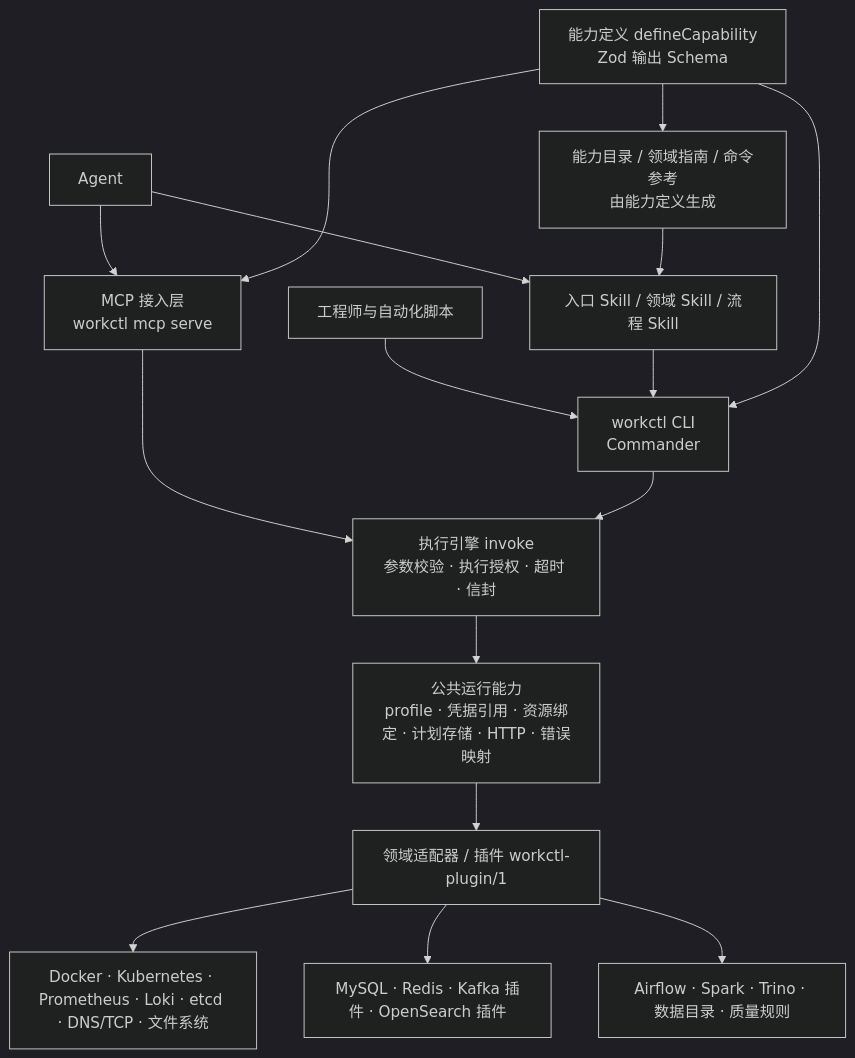
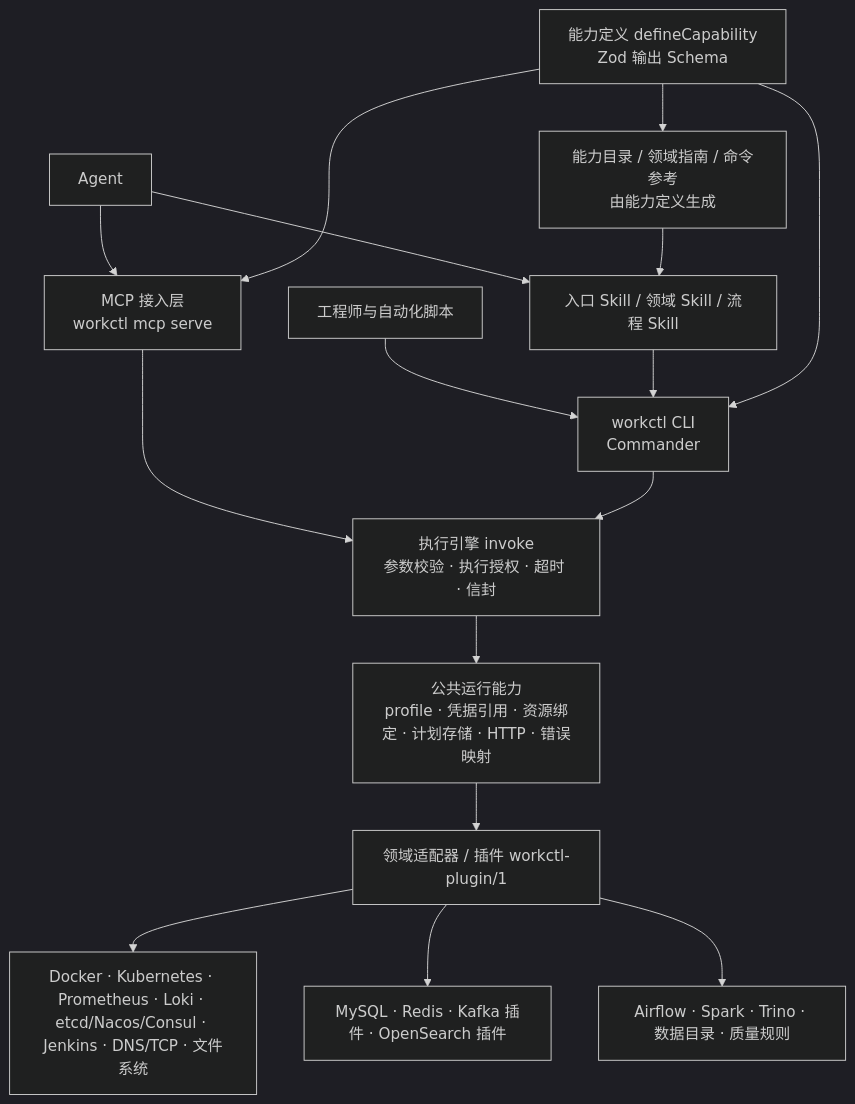
One commit to luckylucky0001/workflow-cli changed the diagram in README.md. Above: the diagram before and after it, drawn with Mermaid (dark theme). The commit also changed other lines of this file and 81 other files, not shown here.

First line of the commit message:
Config center providers Nacos 2.4.3 and Consul 1.20.6; deploy domain on Kubernetes and Jenkins 2.541.3

````diff
--- a/README.md
+++ b/README.md
@@ -51,18 +52,18 @@
 ```mermaid
 flowchart TB
     H[工程师与自动化脚本] --> CLI[workctl CLI<br/>Commander]
     A[Agent] --> S[入口 Skill / 领域 Skill / 流程 Skill]
     D[能力目录 / 领域指南 / 命令参考<br/>由能力定义生成] --> S
     S --> CLI
     A --> M[MCP 接入层<br/>workctl mcp serve]
     M --> E
     CLI --> E[执行引擎 invoke<br/>参数校验 · 执行授权 · 超时 · 信封]
     C[能力定义 defineCapability<br/>Zod 输出 Schema] --> CLI
     C --> D
     C --> M
     E --> R[公共运行能力<br/>profile · 凭据引用 · 资源绑定 · 计划存储 · HTTP · 错误映射]
     R --> P[领域适配器 / 插件 workctl-plugin/1]
-    P --> I[Docker · Kubernetes · Prometheus · Loki · etcd · DNS/TCP · 文件系统]
+    P --> I[Docker · Kubernetes · Prometheus · Loki · etcd/Nacos/Consul · Jenkins · DNS/TCP · 文件系统]
     P --> W[MySQL · Redis · Kafka 插件 · OpenSearch 插件]
     P --> O[Airflow · Spark · Trino · 数据目录 · 质量规则]
 ```
````
